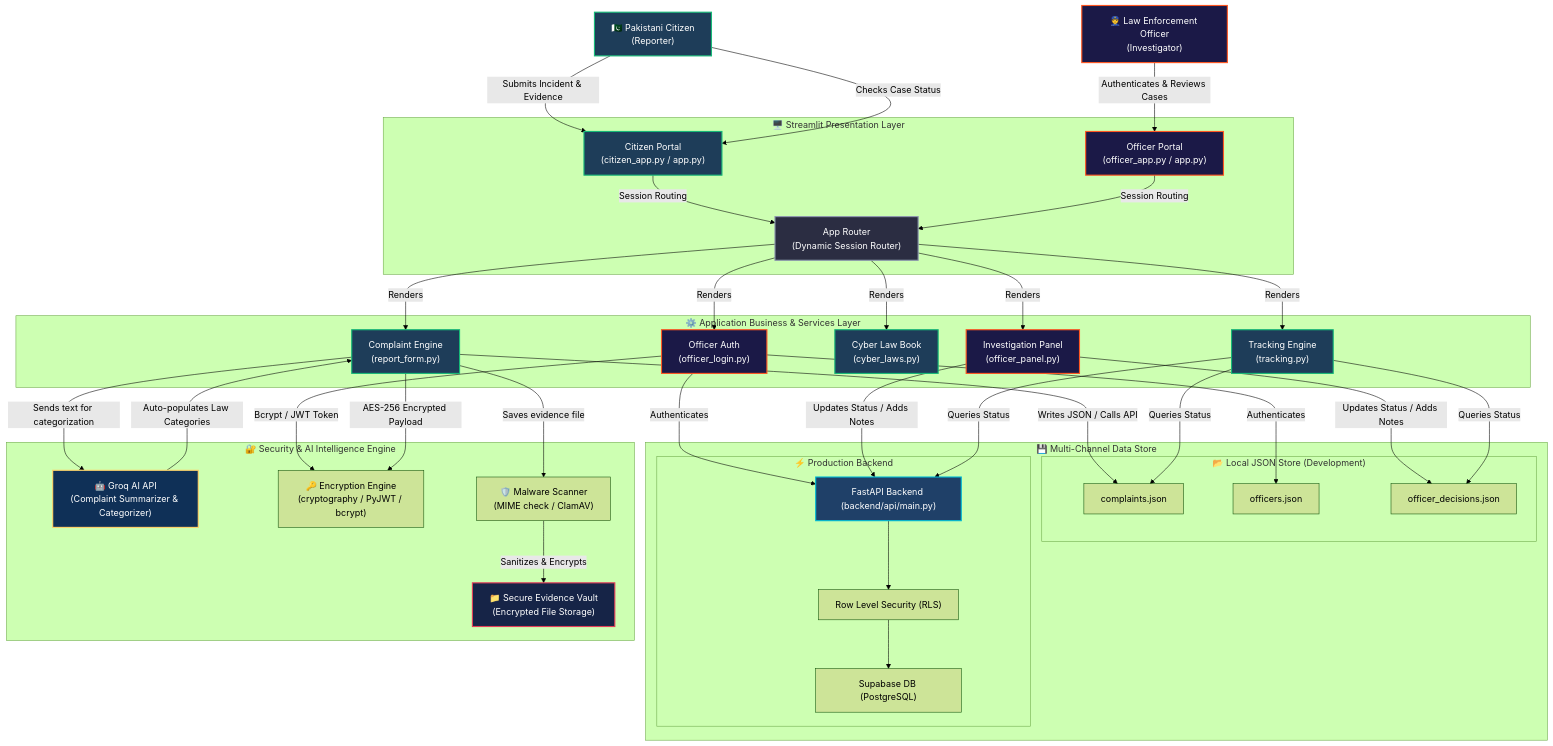
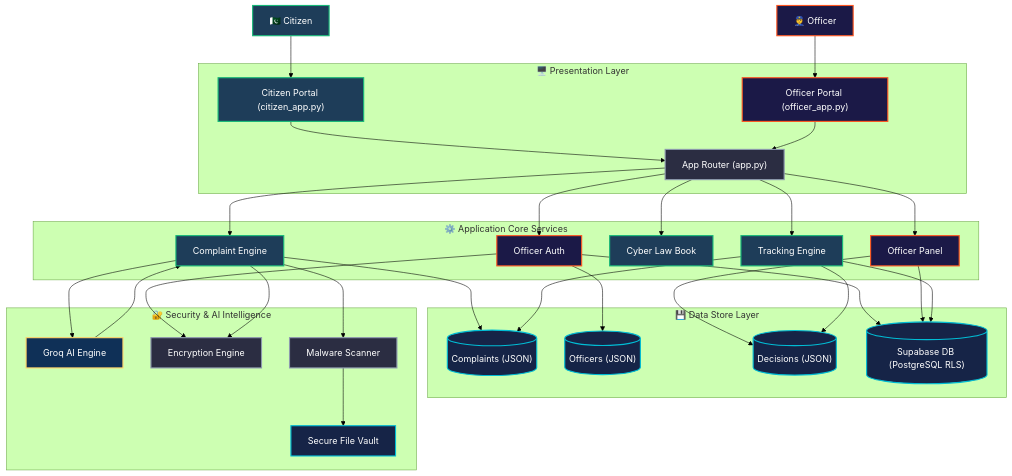
The first of 2 diagrams in README.md (hamzaali-712/cyber-crime-reporting-system), drawn with Mermaid (forest theme) before and after one commit. The commit also changed other lines of this file, not shown here.

Commit message:
fix: resolve Mermaid diagram layout bug and separate repository environment tables

````diff
--- a/README.md
+++ b/README.md
@@ -85,87 +94,70 @@
 ```mermaid
-flowchart TB
+flowchart TD
     %% Styling Classes
     classDef citizen fill:#1e3d59,stroke:#17b978,stroke-width:2px,color:#fff;
     classDef officer fill:#1b1947,stroke:#ff5722,stroke-width:2px,color:#fff;
     classDef appRouter fill:#2b2d42,stroke:#8d99ae,stroke-width:2px,color:#fff;
-    classDef backend fill:#1f4068,stroke:#00bcd4,stroke-width:2px,color:#fff;
-    classDef storage fill:#162447,stroke:#e43f5a,stroke-width:2px,color:#fff;
+    classDef db fill:#162447,stroke:#00bcd4,stroke-width:2px,color:#fff;
     classDef ai fill:#0f3057,stroke:#ffd369,stroke-width:2px,color:#fff;
     
-    %% Actors
-    C["🇵🇰 Pakistani Citizen<br>(Reporter)"]:::citizen
-    O["👮 Law Enforcement Officer<br>(Investigator)"]:::officer
-    
-    subgraph Frontend ["🖥️ Streamlit Presentation Layer"]
-        CA["Citizen Portal<br>(citizen_app.py / app.py)"]:::citizen
-        OA["Officer Portal<br>(officer_app.py / app.py)"]:::officer
-        Router["App Router<br>(Dynamic Session Router)"]:::appRouter
+    C["🇵🇰 Citizen"]:::citizen
+    O["👮 Officer"]:::officer
+
+    subgraph Presentation ["🖥️ Presentation Layer"]
+        CA["Citizen Portal (citizen_app.py)"]:::citizen
+        OA["Officer Portal (officer_app.py)"]:::officer
+        Router["App Router (app.py)"]:::appRouter
     end
 
-    subgraph Core ["⚙️ Application Business & Services Layer"]
-        Form["Complaint Engine<br>(report_form.py)"]:::citizen
-        Tracking["Tracking Engine<br>(tracking.py)"]:::citizen
-        Laws["Cyber Law Book<br>(cyber_laws.py)"]:::citizen
-        OfficerPanel["Investigation Panel<br>(officer_panel.py)"]:::officer
-        OfficerAuth["Officer Auth<br>(officer_login.py)"]:::officer
+    subgraph Services ["⚙️ Application Core Services"]
+        Form["Complaint Engine"]:::citizen
+        Tracking["Tracking Engine"]:::citizen
+        Laws["Cyber Law Book"]:::citizen
+        OPanel["Officer Panel"]:::officer
+        OAuth["Officer Auth"]:::officer
     end
 
-    subgraph DataStore ["💾 Multi-Channel Data Store"]
-        subgraph LocalStore ["📂 Local JSON Store (Development)"]
-            CompDB["complaints.json"]
-            OffDB["officers.json"]
-            DecDB["officer_decisions.json"]
-        end
-        subgraph CloudStore ["⚡ Production Backend"]
-            Supa["Supabase DB (PostgreSQL)"]
-            RLS["Row Level Security (RLS)"]
-            FastAPI["FastAPI Backend (backend/api/main.py)"]:::backend
-        end
+    subgraph Data ["💾 Data Store Layer"]
+        CompDB[("Complaints (JSON)")]:::db
+        OffDB[("Officers (JSON)")]:::db
+        DecDB[("Decisions (JSON)")]:::db
+        SupaDB[("Supabase DB (PostgreSQL RLS)")]:::db
     end
 
-    subgraph SecurityAI ["🔐 Security & AI Intelligence Engine"]
-        Groq["🤖 Groq AI API<br>(Complaint Summarizer & Categorizer)"]:::ai
-        Crypt["🔑 Encryption Engine<br>(cryptography / PyJWT / bcrypt)"]
-        Malware["🛡️ Malware Scanner<br>(MIME check / ClamAV)"]
-        Evidence["📁 Secure Evidence Vault<br>(Encrypted File Storage)"]:::storage
+    subgraph SecAI ["🔐 Security & AI Intelligence"]
+        Groq["Groq AI Engine"]:::ai
+        Crypt["Encryption Engine"]:::appRouter
+        Scan["Malware Scanner"]:::appRouter
+        Vault["Secure File Vault"]:::db
     end
 
     %% Flows
-    C -->|Submits Incident & Evidence| CA
-    C -->|Checks Case Status| CA
-    O -->|Authenticates & Reviews Cases| OA
+    C --> CA
+    O --> OA
+    CA --> Router
+    OA --> Router
+    Router --> Form
+    Router --> Tracking
+    Router --> Laws
+    Router --> OPanel
+    Router --> OAuth
+
+    Form --> CompDB
+    Form --> Scan
+    Scan --> Vault
     
-    CA -->|Session Routing| Router
-    OA -->|Session Routing| Router
+    OAuth --> OffDB
+    OAuth --> SupaDB
+    OPanel --> DecDB
+    OPanel --> SupaDB
     
-    Router -->|Renders| Form
-    Router -->|Renders| Tracking
-    Router -->|Renders| Laws
-    Router -->|Renders| OfficerPanel
-    Router -->|Renders| OfficerAuth
+    Tracking --> CompDB
+    Tracking --> DecDB
+    Tracking --> SupaDB
     
-    %% Engines to DB
-    Form -->|Writes JSON / Calls API| CompDB
-    Form -->|Saves evidence file| Malware
-    Malware -->|Sanitizes & Encrypts| Evidence
+    Form --> Groq
+    Groq --> Form
     
-    OfficerAuth -->|Authenticates| OffDB
-    OfficerAuth -->|Authenticates| FastAPI
-    OfficerPanel -->|Updates Status / Adds Notes| DecDB
-    OfficerPanel -->|Updates Status / Adds Notes| FastAPI
-    
-    Tracking -->|Queries Status| CompDB
-    Tracking -->|Queries Status| DecDB
-    Tracking -->|Queries Status| FastAPI
-    
-    FastAPI --> RLS
-    RLS --> Supa
-    
-    %% AI Flows
-    Form -->|Sends text for categorization| Groq
-    Groq -->|Auto-populates Law Categories| Form
-    
-    %% Security Flows
-    OfficerAuth -->|Bcrypt / JWT Token| Crypt
-    Form -->|AES-256 Encrypted Payload| Crypt
+    OAuth --> Crypt
+    Form --> Crypt
 ```
````
